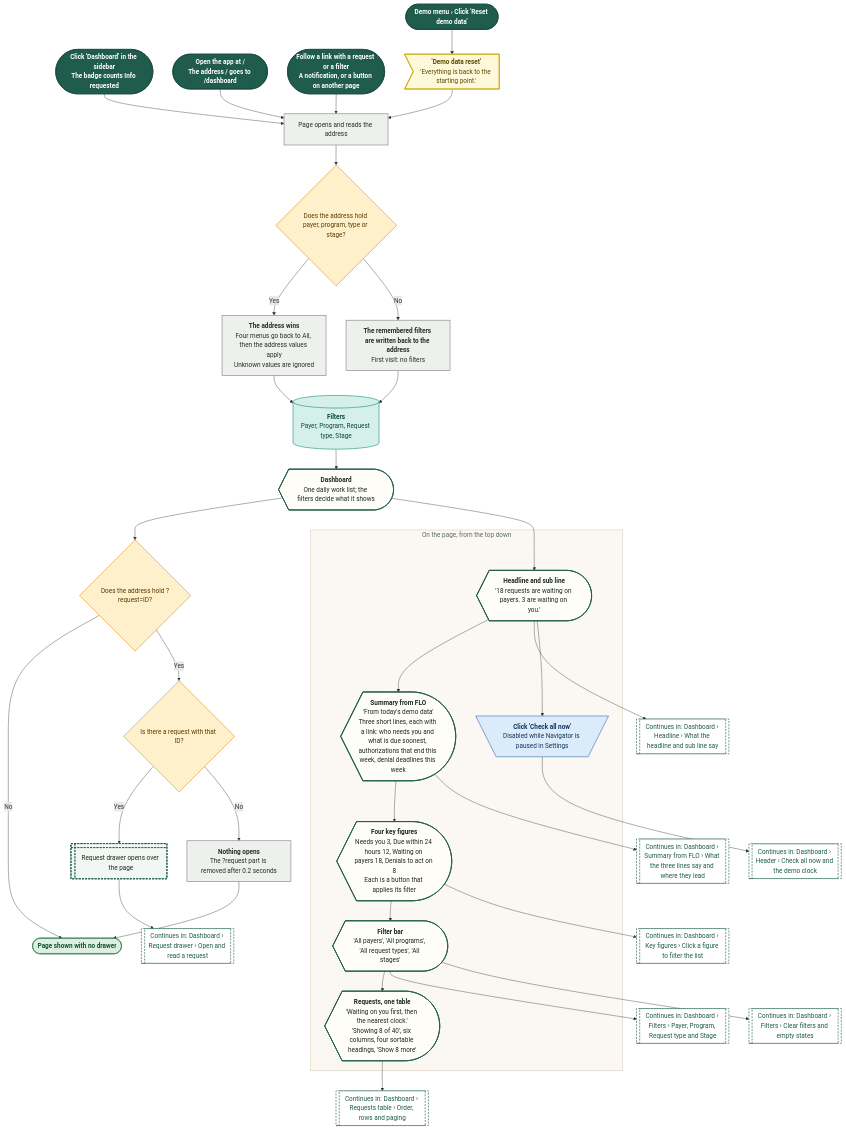
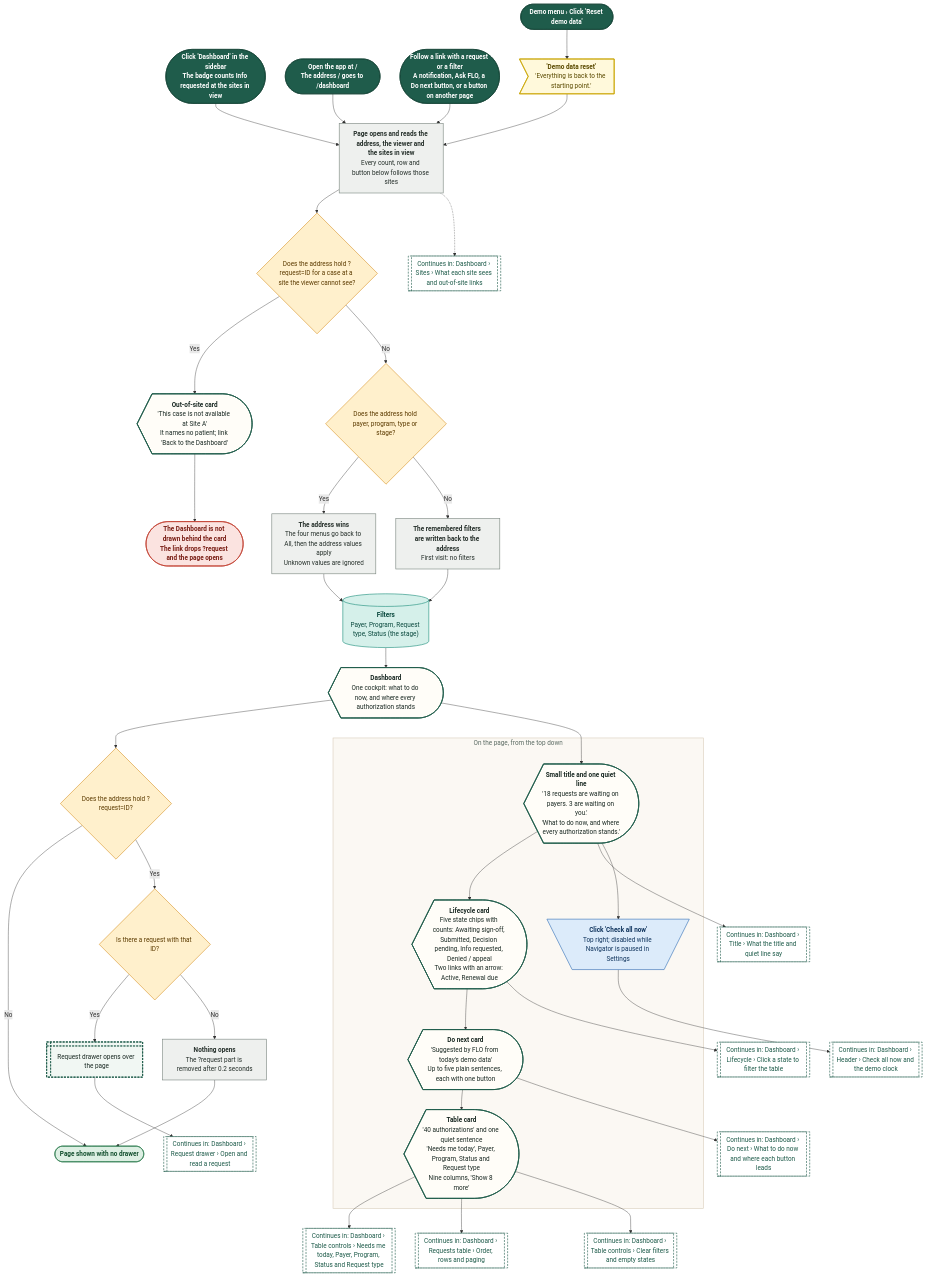
Before and after one commit to Shrav143/psyfloapp: the first of 21 diagrams in demos/prior-auth-demo/workflows/out/md/02-dashboard.md, drawn with Mermaid. The commit also changed other lines of this file and 251 other files, not shown here.

First line of the commit message:
docs: rebuild the workflow diagrams (291) for round 4

````diff
--- a/demos/prior-auth-demo/workflows/out/md/02-dashboard.md
+++ b/demos/prior-auth-demo/workflows/out/md/02-dashboard.md
@@ -29,43 +29,48 @@
   classDef k_wait fill:#E4E8EE,stroke:#6B7C93,color:#26303D,stroke-width:1.5px
   classDef k_toast fill:#FFF9DB,stroke:#C9A400,color:#5A4A00,stroke-width:1.5px
   classDef k_goto fill:#FFFFFF,stroke:#1F5C4B,color:#1F5C4B,stroke-width:1.5px,stroke-dasharray:5 3
-  s1@{ shape: stadium, label: "<b>Click 'Dashboard' in the sidebar</b><br/>The badge counts Info requested" }
+  s1@{ shape: stadium, label: "<b>Click 'Dashboard' in the sidebar</b><br/>The badge counts Info requested at the sites in view" }
   s2@{ shape: stadium, label: "<b>Open the app at /</b><br/>The address / goes to /dashboard" }
-  s3@{ shape: stadium, label: "<b>Follow a link with a request or a filter</b><br/>A notification, or a button on another page" }
+  s3@{ shape: stadium, label: "<b>Follow a link with a request or a filter</b><br/>A notification, Ask FLO, a Do next button, or a button on another page" }
   s4@{ shape: stadium, label: "Demo menu › Click 'Reset demo data'" }
   t1@{ shape: odd, label: "<b>'Demo data reset'</b><br/>'Everything is back to the starting point.'" }
-  p1@{ shape: rect, label: "Page opens and reads the address" }
+  p1@{ shape: rect, label: "<b>Page opens and reads the address, the viewer and the sites in view</b><br/>Every count, row and button below follows those sites" }
+  d0@{ shape: diam, label: "Does the address hold ?request=ID for a case at a site the viewer cannot see?" }
+  oos@{ shape: curv-trap, label: "<b>Out-of-site card</b><br/>'This case is not available at Site A'<br/>It names no patient; link 'Back to the Dashboard'" }
+  x1@{ shape: stadium, label: "<b>The Dashboard is not drawn behind the card</b><br/>The link drops ?request and the page opens" }
   d1@{ shape: diam, label: "Does the address hold payer, program, type or stage?" }
-  p2@{ shape: rect, label: "<b>The address wins</b><br/>Four menus go back to All, then the address values apply<br/>Unknown values are ignored" }
+  p2@{ shape: rect, label: "<b>The address wins</b><br/>The four menus go back to All, then the address values apply<br/>Unknown values are ignored" }
   p3@{ shape: rect, label: "<b>The remembered filters are written back to the address</b><br/>First visit: no filters" }
-  w1@{ shape: cyl, label: "<b>Filters</b><br/>Payer, Program, Request type, Stage" }
-  sc@{ shape: curv-trap, label: "<b>Dashboard</b><br/>One daily work list; the filters decide what it shows" }
+  w1@{ shape: cyl, label: "<b>Filters</b><br/>Payer, Program, Request type, Status (the stage)" }
+  sc@{ shape: curv-trap, label: "<b>Dashboard</b><br/>One cockpit: what to do now, and where every authorization stands" }
   d2@{ shape: diam, label: "Does the address hold ?request=ID?" }
   d3@{ shape: diam, label: "Is there a request with that ID?" }
   o1@{ shape: win-pane, label: "Request drawer opens over the page" }
   p4@{ shape: rect, label: "<b>Nothing opens</b><br/>The ?request part is removed after 0.2 seconds" }
   e1@{ shape: stadium, label: "Page shown with no drawer" }
   subgraph gPage ["On the page, from the top down"]
-  h1@{ shape: curv-trap, label: "<b>Headline and sub line</b><br/>'18 requests are waiting on payers. 3 are waiting on you.'" }
-  ca@{ shape: trap-t, label: "<b>Click 'Check all now'</b><br/>Disabled while Navigator is paused in Settings" }
-  fs@{ shape: curv-trap, label: "<b>Summary from FLO</b><br/>'From today's demo data'<br/>Three short lines, each with a link: who needs you and what is due soonest, authorizations that end this week, denial deadlines this week" }
-  kf@{ shape: curv-trap, label: "<b>Four key figures</b><br/>Needs you 3, Due within 24 hours 12, Waiting on payers 18, Denials to act on 8<br/>Each is a button that applies its filter" }
-  f1@{ shape: curv-trap, label: "<b>Filter bar</b><br/>'All payers', 'All programs', 'All request types', 'All stages'" }
-  rq@{ shape: curv-trap, label: "<b>Requests, one table</b><br/>'Waiting on you first, then the nearest clock.'<br/>'Showing 8 of 40', six columns, four sortable headings, 'Show 8 more'" }
+  h1@{ shape: curv-trap, label: "<b>Small title and one quiet line</b><br/>'18 requests are waiting on payers. 3 are waiting on you.'<br/>'What to do now, and where every authorization stands.'" }
+  ca@{ shape: trap-t, label: "<b>Click 'Check all now'</b><br/>Top right; disabled while Navigator is paused in Settings" }
+  lc@{ shape: curv-trap, label: "<b>Lifecycle card</b><br/>Five state chips with counts: Awaiting sign-off, Submitted, Decision pending, Info requested, Denied / appeal<br/>Two links with an arrow: Active, Renewal due" }
+  dn@{ shape: curv-trap, label: "<b>Do next card</b><br/>'Suggested by FLO from today's demo data'<br/>Up to five plain sentences, each with one button" }
+  tb@{ shape: curv-trap, label: "<b>Table card</b><br/>'40 authorizations' and one quiet sentence<br/>'Needs me today', Payer, Program, Status and Request type<br/>Nine columns, 'Show 8 more'" }
   end
   g1@{ shape: subproc, label: "Continues in: Dashboard › Request drawer › Open and read a request" }
-  g2@{ shape: subproc, label: "Continues in: Dashboard › Headline › What the headline and sub line say" }
+  g2@{ shape: subproc, label: "Continues in: Dashboard › Title › What the title and quiet line say" }
   g3@{ shape: subproc, label: "Continues in: Dashboard › Header › Check all now and the demo clock" }
-  g4@{ shape: subproc, label: "Continues in: Dashboard › Filters › Payer, Program, Request type and Stage" }
-  g5@{ shape: subproc, label: "Continues in: Dashboard › Key figures › Click a figure to filter the list" }
-  g10@{ shape: subproc, label: "Continues in: Dashboard › Summary from FLO › What the three lines say and where they lead" }
-  g6@{ shape: subproc, label: "Continues in: Dashboard › Requests table › Order, rows and paging" }
-  g9@{ shape: subproc, label: "Continues in: Dashboard › Filters › Clear filters and empty states" }
+  g4@{ shape: subproc, label: "Continues in: Dashboard › Lifecycle › Click a state to filter the table" }
+  g5@{ shape: subproc, label: "Continues in: Dashboard › Do next › What to do now and where each button leads" }
+  g6@{ shape: subproc, label: "Continues in: Dashboard › Table controls › Needs me today, Payer, Program, Status and Request type" }
+  g7@{ shape: subproc, label: "Continues in: Dashboard › Requests table › Order, rows and paging" }
+  g8@{ shape: subproc, label: "Continues in: Dashboard › Sites › What each site sees and out-of-site links" }
+  g9@{ shape: subproc, label: "Continues in: Dashboard › Table controls › Clear filters and empty states" }
   s1 --> p1
   s2 --> p1
   s3 --> p1
   s4 --> t1 --> p1
-  p1 --> d1
+  p1 --> d0
+  d0 -->|"Yes"| oos --> x1
+  d0 -->|"No"| d1
   d1 -->|"Yes"| p2 --> w1
   d1 -->|"No"| p3 --> w1
   w1 --> sc
@@ -74,23 +79,25 @@
   d2 -->|"Yes"| d3
   d3 -->|"Yes"| o1 --> g1
   d3 -->|"No"| p4 --> e1
-  sc --> h1 --> fs --> kf --> f1 --> rq
+  sc --> h1 --> lc --> dn --> tb
   h1 --> g2
   h1 --> ca --> g3
-  fs --> g10
-  f1 --> g4
-  f1 --> g9
-  kf --> g5
-  rq --> g6
+  lc --> g4
+  dn --> g5
+  tb --> g6
+  tb --> g7
+  tb --> g9
+  p1 -.-> g8
   class s1,s2,s3,s4 k_start
   class t1 k_toast
   class p1,p2,p3,p4 k_process
-  class d1,d2,d3 k_decision
+  class d0,d1,d2,d3 k_decision
+  class oos,sc,h1,lc,dn,tb k_screen
+  class x1 k_endx
   class w1 k_store
-  class sc,h1,fs,kf,f1,rq k_screen
   class o1 k_overlay
   class e1 k_end
   class ca k_click
-  class g1,g2,g3,g4,g5,g10,g6,g9 k_goto
+  class g1,g2,g3,g4,g5,g6,g7,g8,g9 k_goto
   style gPage fill:#FBF8F3,stroke:#D9CDBB,stroke-width:1.5px,color:#5B6B63
 ```
````
